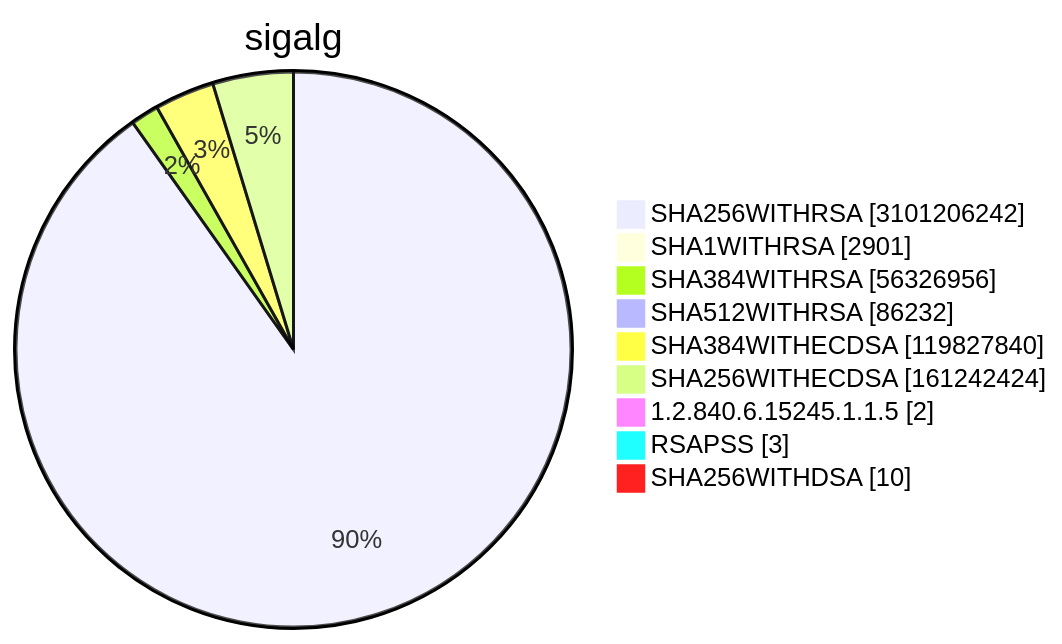
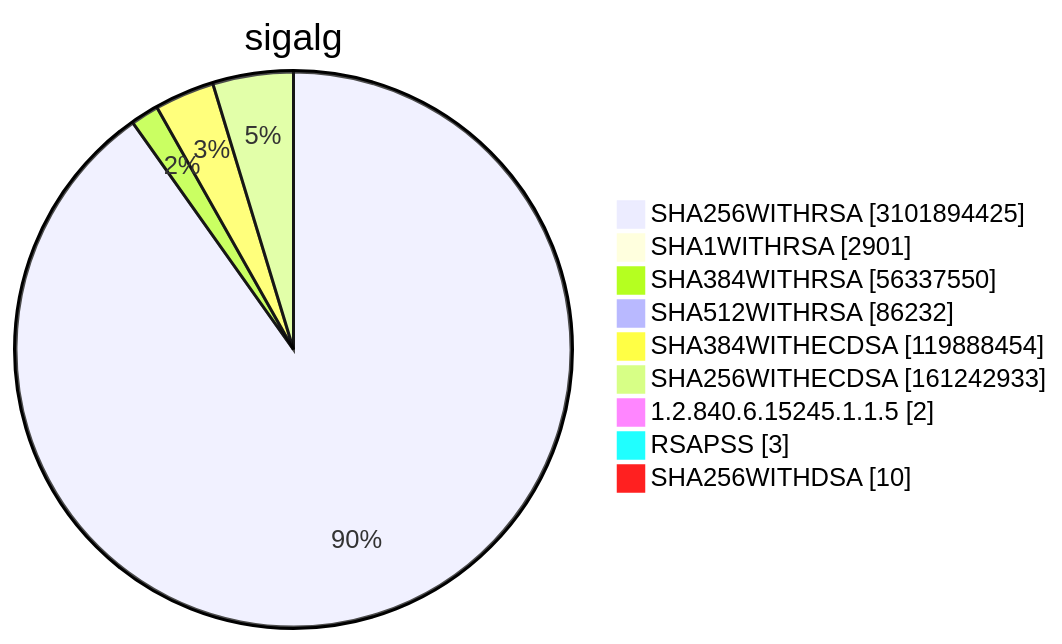
One commit to christiankrug/ctmonitor_visualization changed diagram 15 of 15 in TOTAL/README.md. Above: the diagram before and after it, drawn with Mermaid. The commit also changed other lines of this file, not shown here.

````diff
--- a/TOTAL/README.md
+++ b/TOTAL/README.md
@@ -6212,13 +6212,13 @@
 ```mermaid
 pie showData
 title sigalg
-"SHA256WITHRSA" :3101206242
+"SHA256WITHRSA" :3101894425
 "SHA1WITHRSA" :2901
-"SHA384WITHRSA" :56326956
+"SHA384WITHRSA" :56337550
 "SHA512WITHRSA" :86232
-"SHA384WITHECDSA" :119827840
-"SHA256WITHECDSA" :161242424
+"SHA384WITHECDSA" :119888454
+"SHA256WITHECDSA" :161242933
 "1.2.840.6.15245.1.1.5" :2
 "RSAPSS" :3
 "SHA256WITHDSA" :10
 ```
````
